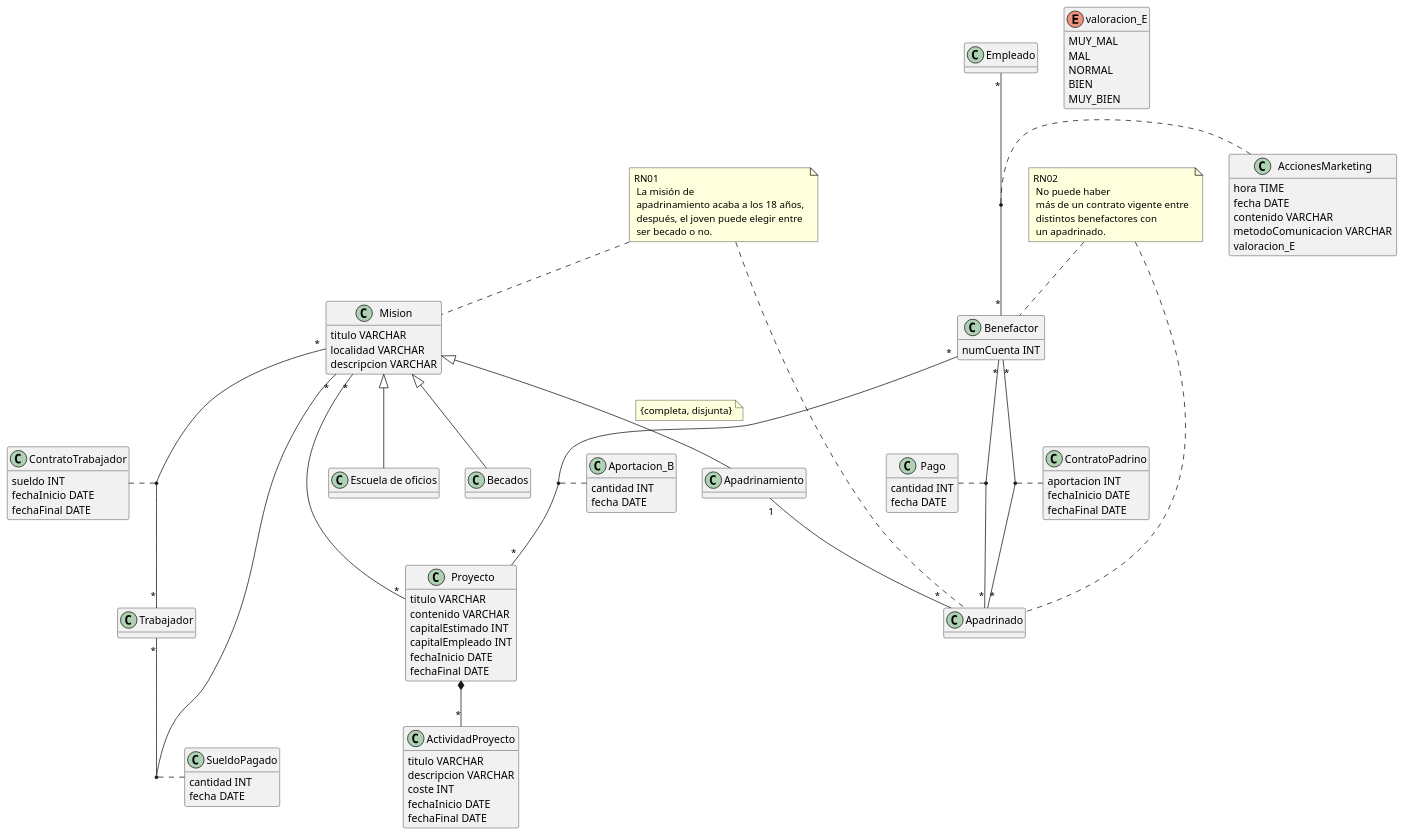
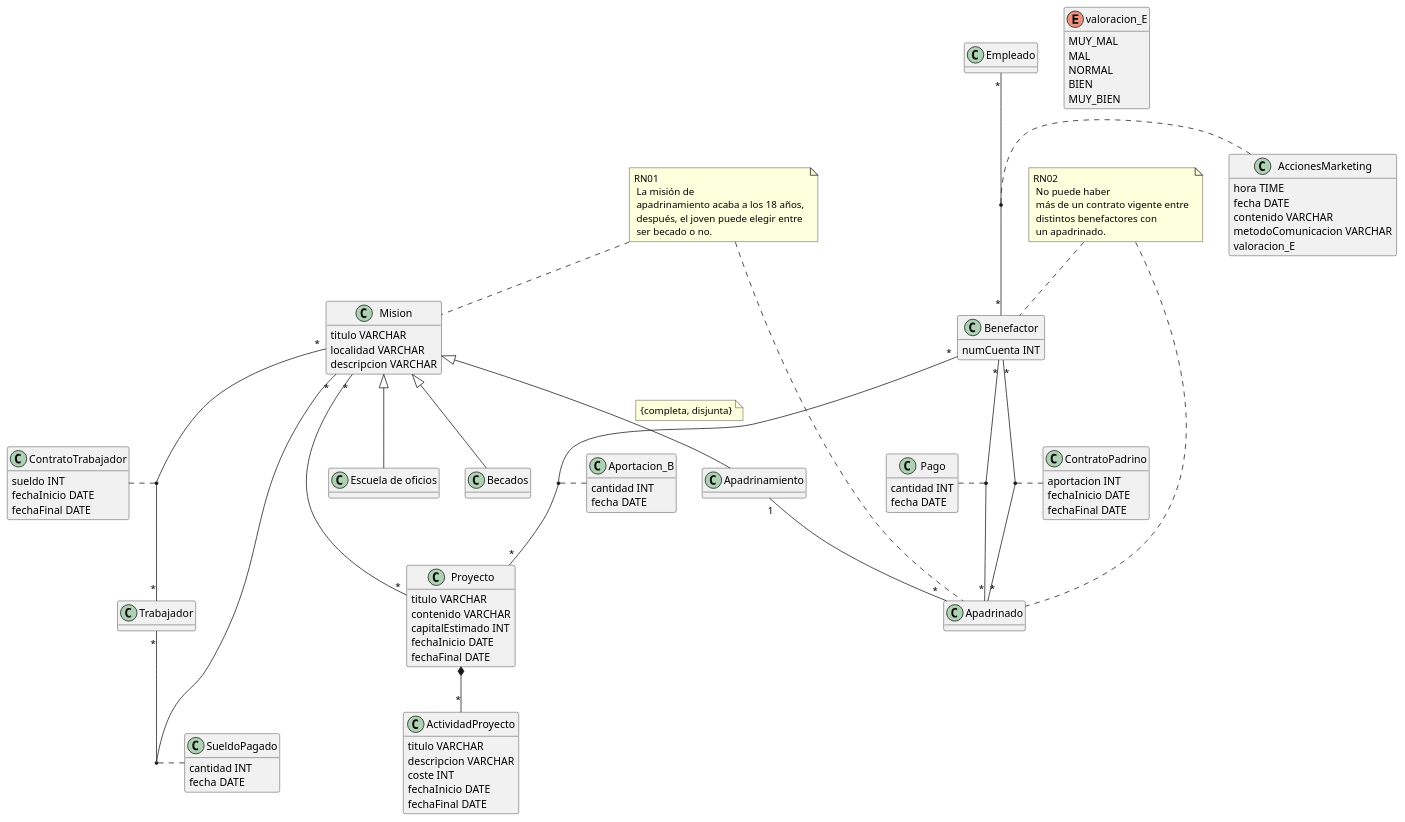
One commit to albporfer1-64/Grupo_Proyecto_DB changed the diagram in económico.puml. Above: the diagram before and after it, drawn with PlantUML.

Commit message:
Eliminar capitalEmpleado de económico.puml, ya que este se puede calcular ahora mediante las actividades del Proyecto

```diff
--- a/económico.puml
+++ b/económico.puml
@@ -1,144 +1,143 @@
 @startuml hola
 hide methods
 skinparam classAttributeIconSize 0
 
 class Proyecto{
     titulo VARCHAR
     contenido VARCHAR
     capitalEstimado INT
-    capitalEmpleado INT
     fechaInicio DATE
     fechaFinal DATE
 }
 
 class ActividadProyecto{
     titulo VARCHAR
     descripcion VARCHAR
     coste INT
     fechaInicio DATE
     fechaFinal DATE
 }
 
 class Mision{
     titulo VARCHAR
     localidad VARCHAR
     descripcion VARCHAR
 }
 
 class "Escuela de oficios" as EscuelaDeOficios{
     
 }
 
 class Becados{
 }
 
 
 class Apadrinamiento{
 }
 
 'Lo que viene a continuacion es para la estetica del diagrama:
 EscuelaDeOficios -[hidden]right- Becados
 Becados -[hidden]right- Apadrinamiento
 
 Mision "*"--"*" Proyecto
 Mision "*"--"*" Trabajador
 Mision "*"--"*" Trabajador
 Proyecto *--"*" ActividadProyecto
 
 'Subclases de Mision:
 Mision <|-- EscuelaDeOficios
 Mision <|-- Becados
 Mision <|-- Apadrinamiento
 
 'Restricción de cobertura:
 note on link : {completa, disjunta}
 
 class Apadrinado{
 }
 
 
 class Aportacion_B{
     cantidad INT
     fecha DATE
 }
 
 class AccionesMarketing {
     hora TIME
     fecha DATE
     contenido VARCHAR
     metodoComunicacion VARCHAR
     valoracion_E
 }
 
 enum valoracion_E{
     MUY_MAL
     MAL
     NORMAL
     BIEN
     MUY_BIEN
 }
 
 class Benefactor{ 
     numCuenta INT
 }
 
 class Empleado{
 }
 
 class Trabajador{
 }
 
 class ContratoTrabajador{
     sueldo INT
     fechaInicio DATE
     fechaFinal DATE
 }
 
 class Pago{
     cantidad INT
     fecha DATE
 }
 
 class ContratoPadrino{
     aportacion INT
     fechaInicio DATE
     fechaFinal DATE
 }
 
 class SueldoPagado{
     cantidad INT
     fecha DATE
 }
 
 
 Apadrinamiento "1"--"*" Apadrinado
 Benefactor "*"--"*" Apadrinado
 Benefactor "*"--"*" Apadrinado
 Benefactor "*"--"*" Proyecto
 
 Empleado "*"--"*"Benefactor
 
 
 (Empleado, Benefactor) .. AccionesMarketing
 (Trabajador, Mision) .. ContratoTrabajador
 (Trabajador, Mision) .. SueldoPagado
 (Benefactor, Proyecto) .. Aportacion_B
 (Benefactor, Apadrinado) .. Pago
 (Benefactor, Apadrinado) .. ContratoPadrino
 
 'Regla de negocio 01:
 note "RN01\n La misión de \n apadrinamiento acaba a los 18 años, \n después, el joven puede elegir entre \n ser becado o no." as RN01
 RN01 .. Mision
 RN01 .. Apadrinado
 
 'Regla de negocio 02:
 note "RN02\n No puede haber \n más de un contrato vigente entre \n distintos benefactores con \n un apadrinado." as RN02
 RN02 .. Benefactor
 RN02 .. Apadrinado
 
 
 
 'Lo que viene a continuacion es para la estetica del diagrama:
 Apadrinamiento -[hidden]right- EscuelaDeOficios
 EscuelaDeOficios -[hidden]right- Becados
 @enduml
```
